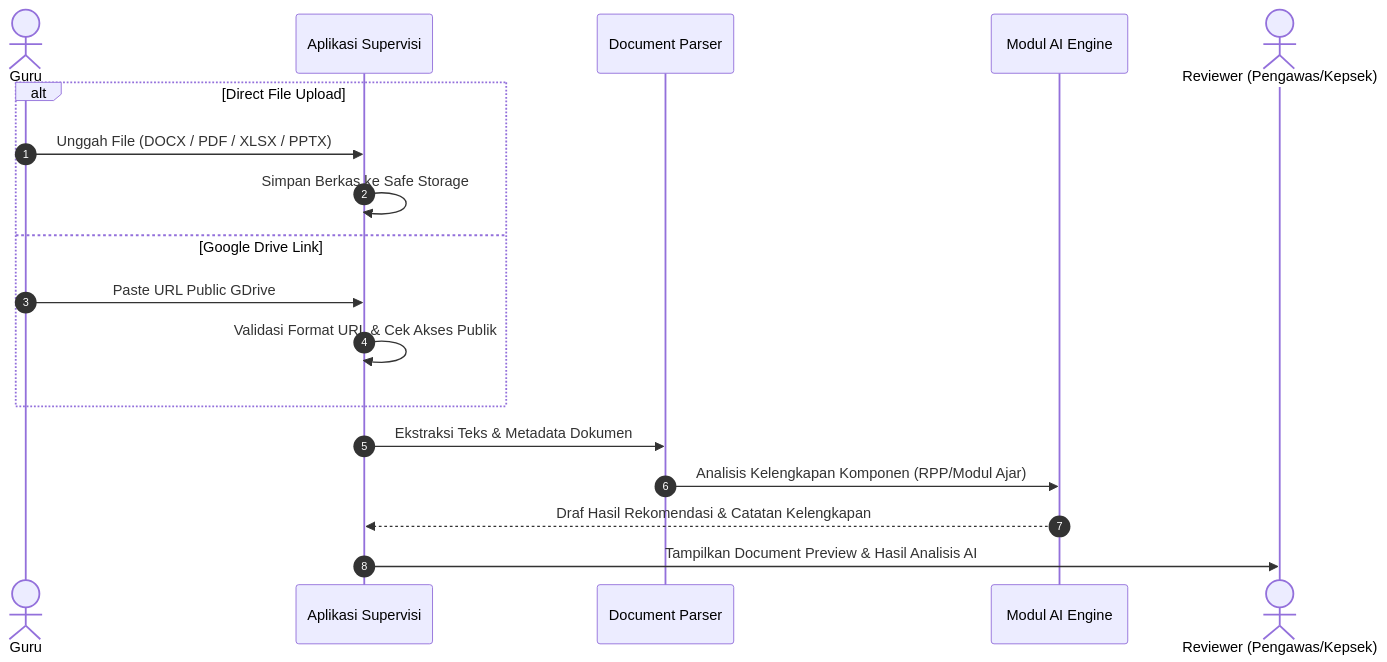
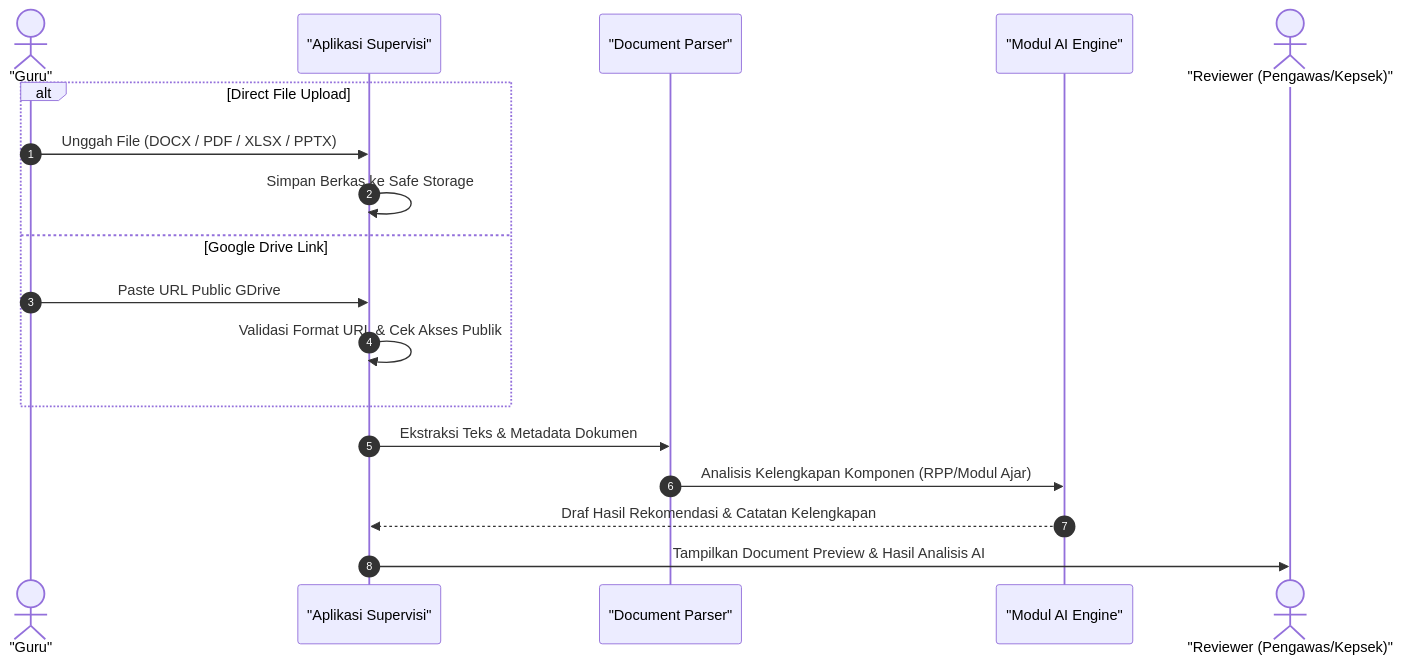
Before and after one commit to Hnzsama/supervisi_sekolah: the second of 2 diagrams in docs/06-integrasi-google-drive.md, drawn with Mermaid. The commit also changed other lines of this file and 3 other files, not shown here.

Commit message:
fix(docs): perbaiki sintaks diagram Mermaid pada dokumen 01, 06, dan 13

````diff
--- a/docs/06-integrasi-google-drive.md
+++ b/docs/06-integrasi-google-drive.md
@@ -30,22 +30,23 @@
 ```mermaid
 sequenceDiagram
     autonumber
-    actor G as Guru
-    participant APP as Aplikasi Supervisi
-    participant PARSER as Document Parser
-    participant AI as Modul AI Engine
-    actor R as Reviewer (Pengawas/Kepsek)
+    actor G as "Guru"
+    participant APP as "Aplikasi Supervisi"
+    participant PARSER as "Document Parser"
+    participant AI as "Modul AI Engine"
+    actor R as "Reviewer (Pengawas/Kepsek)"
 
     alt Direct File Upload
         G->>APP: Unggah File (DOCX / PDF / XLSX / PPTX)
         APP->>APP: Simpan Berkas ke Safe Storage
     else Google Drive Link
         G->>APP: Paste URL Public GDrive
         APP->>APP: Validasi Format URL & Cek Akses Publik
     end
 
+
     APP->>PARSER: Ekstraksi Teks & Metadata Dokumen
     PARSER->>AI: Analisis Kelengkapan Komponen (RPP/Modul Ajar)
     AI-->>APP: Draf Hasil Rekomendasi & Catatan Kelengkapan
     APP->>R: Tampilkan Document Preview & Hasil Analisis AI
 ```
````
